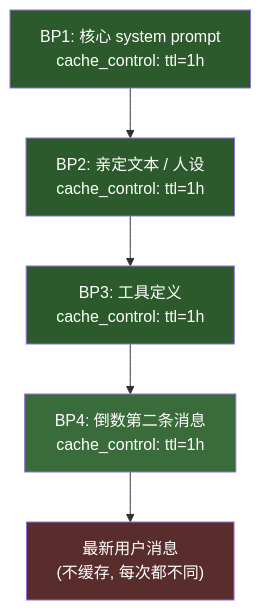
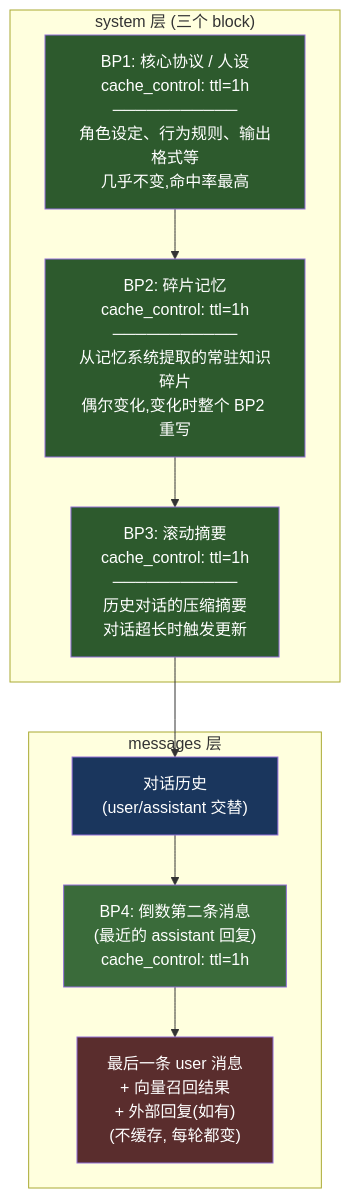
The third of 7 diagrams in README.md (Lisichka-fox/claudes-fermata), drawn with Mermaid before and after one commit. The commit also changed other lines of this file, not shown here.

Commit message:
docs: update breakpoint architecture to match real 4-BP system

````diff
--- a/README.md
+++ b/README.md
@@ -117,14 +117,23 @@
 ```mermaid
 flowchart TD
-    BP1["BP1: 核心 system prompt<br/>cache_control: ttl=1h"] --> BP2
-    BP2["BP2: 亲定文本 / 人设<br/>cache_control: ttl=1h"] --> BP3
-    BP3["BP3: 工具定义<br/>cache_control: ttl=1h"] --> BP4
-    BP4["BP4: 倒数第二条消息<br/>cache_control: ttl=1h"] --> MSG
-    MSG["最新用户消息<br/>(不缓存, 每次都不同)"]
+    subgraph SYSTEM["system 层 (三个 block)"]
+        BP1["BP1: 核心协议 / 人设<br/>cache_control: ttl=1h<br/>───────────<br/>角色设定、行为规则、输出格式等<br/>几乎不变,命中率最高"]
+        BP2["BP2: 碎片记忆<br/>cache_control: ttl=1h<br/>───────────<br/>从记忆系统提取的常驻知识碎片<br/>偶尔变化,变化时整个 BP2 重写"]
+        BP3["BP3: 滚动摘要<br/>cache_control: ttl=1h<br/>───────────<br/>历史对话的压缩摘要<br/>对话超长时触发更新"]
+    end
+
+    subgraph MESSAGES["messages 层"]
+        HIST["对话历史<br/>(user/assistant 交替)"]
+        BP4["BP4: 倒数第二条消息<br/>(最近的 assistant 回复)<br/>cache_control: ttl=1h"]
+        LAST["最后一条 user 消息<br/>+ 向量召回结果<br/>+ 外部回复(如有)<br/>(不缓存, 每轮都变)"]
+    end
+
+    BP1 --> BP2 --> BP3 --> HIST --> BP4 --> LAST
 
     style BP1 fill:#2d5a2d,color:#fff
     style BP2 fill:#2d5a2d,color:#fff
     style BP3 fill:#2d5a2d,color:#fff
     style BP4 fill:#3a6b3a,color:#fff
-    style MSG fill:#5a2d2d,color:#fff
+    style HIST fill:#1a365d,color:#fff
+    style LAST fill:#5a2d2d,color:#fff
 ```
````
